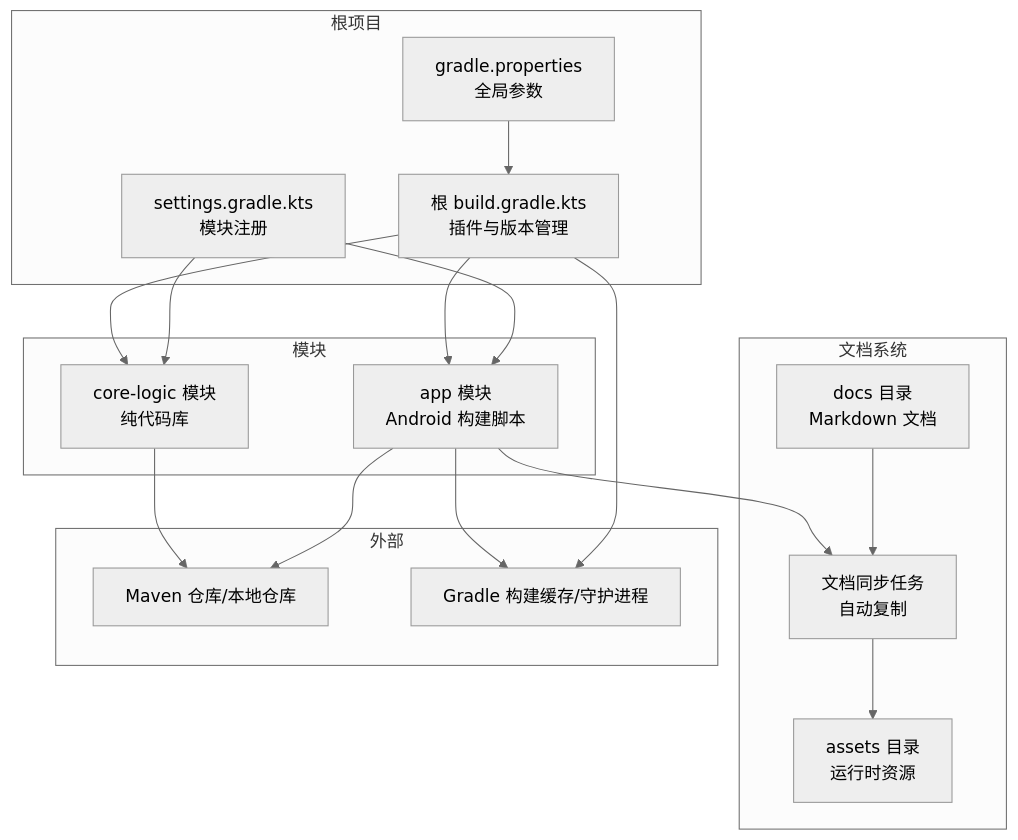
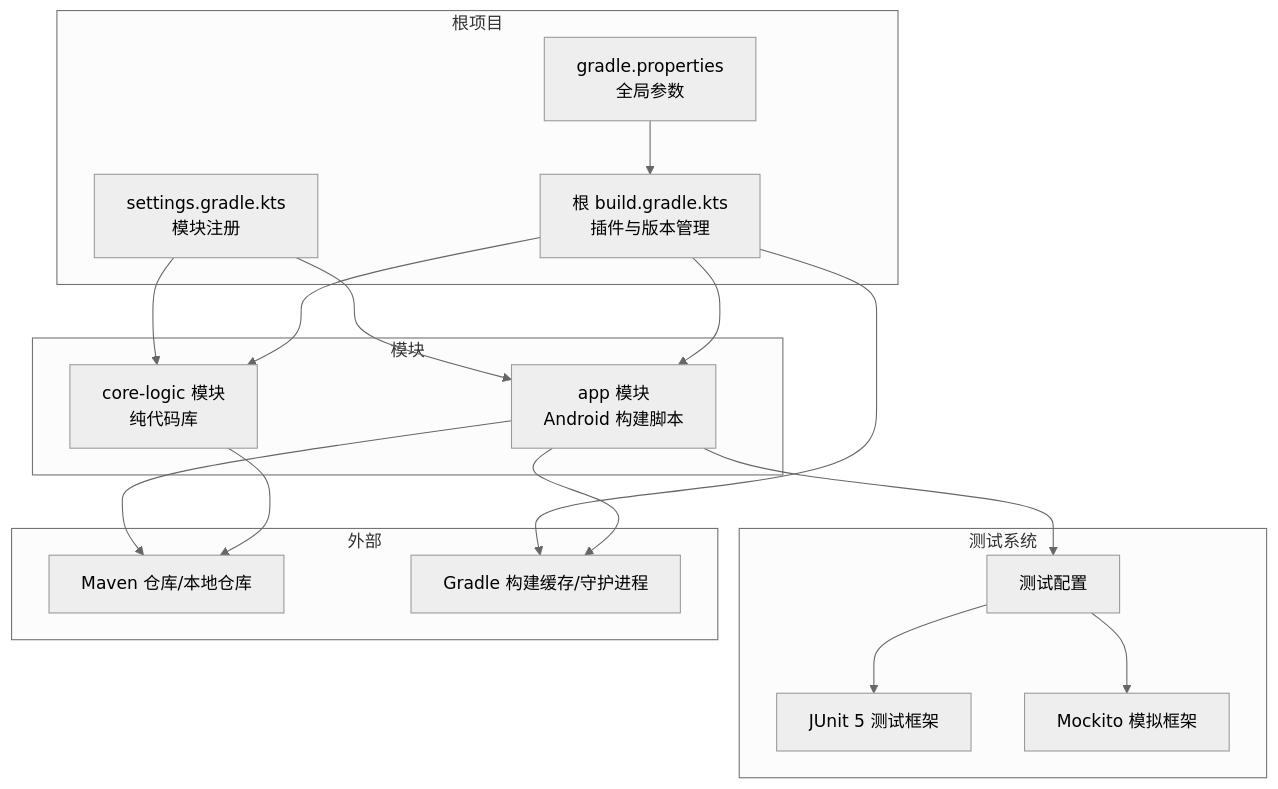
Before and after one commit to qiaodashaoye/ziyou-ime: the second of 4 diagrams in .qoder/repowiki/zh/content/部署与构建/Gradle 构建配置.md, drawn with Mermaid (neutral theme). The commit also changed other lines of this file and 14 other files, not shown here.

````diff
--- a/.qoder/repowiki/zh/content/部署与构建/Gradle 构建配置.md
+++ b/.qoder/repowiki/zh/content/部署与构建/Gradle 构建配置.md
@@ -90,33 +94,33 @@
 ```mermaid
 graph TB
 subgraph "根项目"
 R_build["根 build.gradle.kts<br/>插件与版本管理"]
 R_settings["settings.gradle.kts<br/>模块注册"]
 R_props["gradle.properties<br/>全局参数"]
 end
 subgraph "模块"
 A_app["app 模块<br/>Android 构建脚本"]
 B_core["core-logic 模块<br/>纯代码库"]
 end
-subgraph "文档系统"
-D_docs["docs 目录<br/>Markdown 文档"]
-D_sync["文档同步任务<br/>自动复制"]
-D_assets["assets 目录<br/>运行时资源"]
+subgraph "测试系统"
+T_junit["JUnit 5 测试框架"]
+T_mockito["Mockito 模拟框架"]
+T_config["测试配置"]
 end
 subgraph "外部"
 E_repo["Maven 仓库/本地仓库"]
 E_gradle["Gradle 构建缓存/守护进程"]
 end
 R_settings --> A_app
 R_settings --> B_core
 R_build --> A_app
 R_build --> B_core
 R_props --> R_build
 A_app --> E_repo
 B_core --> E_repo
 R_build --> E_gradle
 A_app --> E_gradle
-D_docs --> D_sync
-D_sync --> D_assets
-A_app --> D_sync
+T_config --> T_junit
+T_config --> T_mockito
+A_app --> T_config
 ```
````
